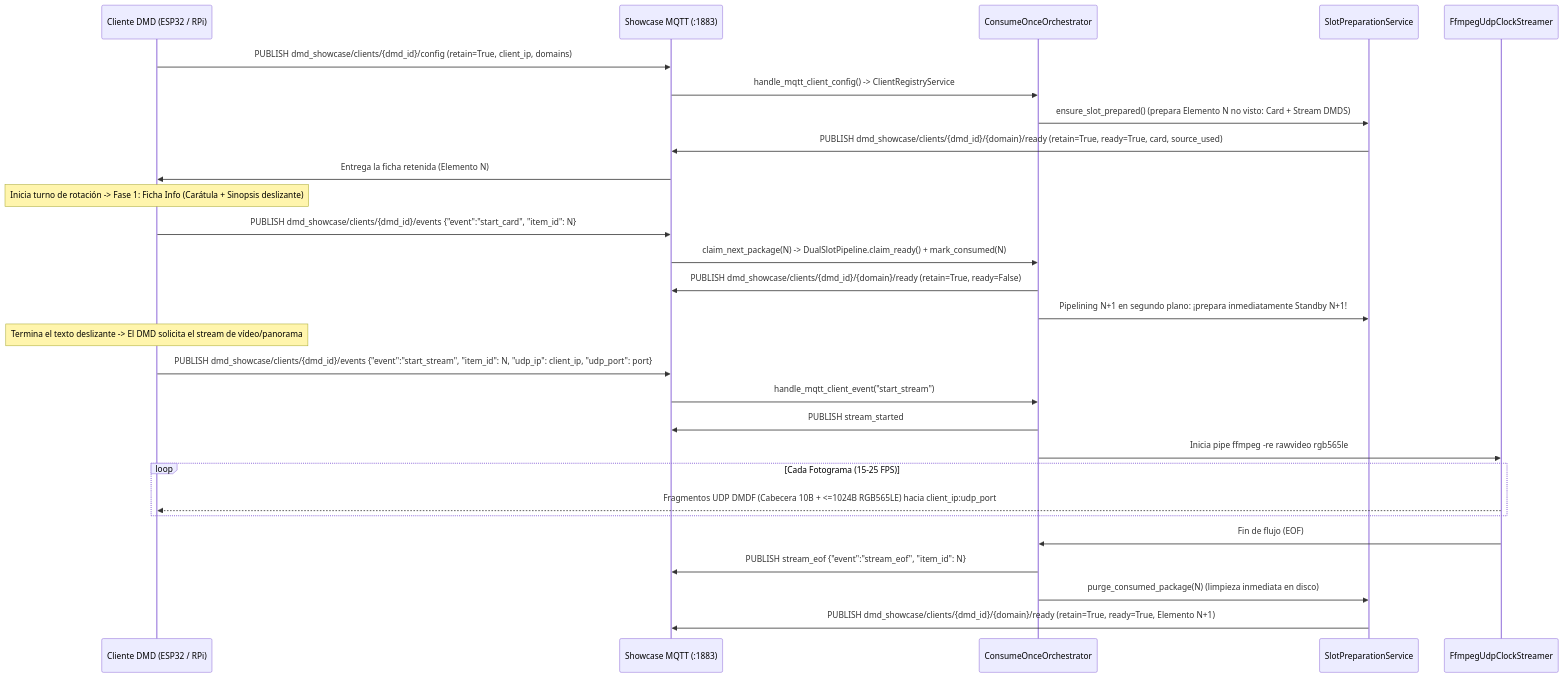
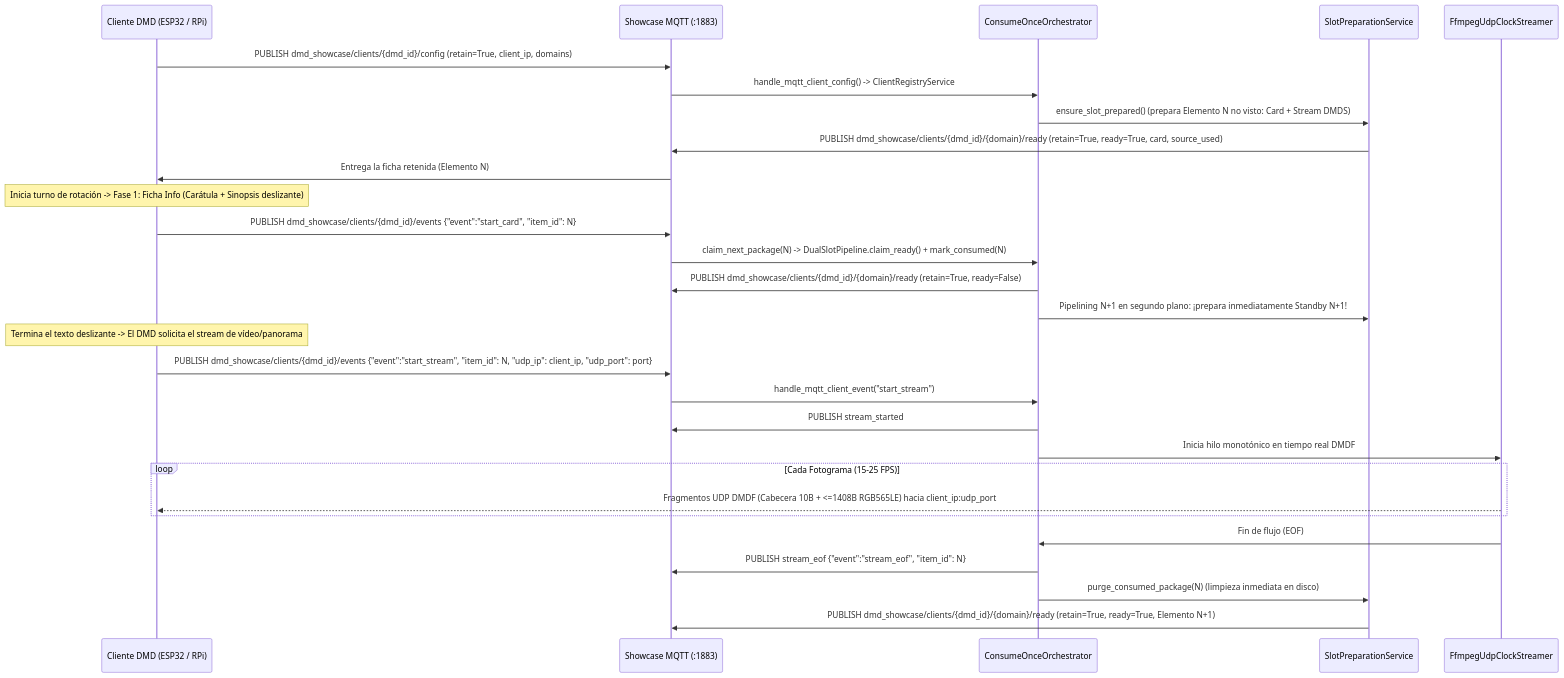
The second of 2 diagrams in docs/ARCHITECTURE_ES.md (red77290/dmd_media_showcase), drawn with Mermaid before and after one commit. The commit also changed other lines of this file and 11 other files, not shown here.

First line of the commit message:
perf(streaming): zero-fork 1408B UDP DMDF transmitter and drop-late TCP pacing

````diff
--- a/docs/ARCHITECTURE_ES.md
+++ b/docs/ARCHITECTURE_ES.md
@@ -131,33 +131,33 @@
 ```mermaid
 sequenceDiagram
     participant DMD as Cliente DMD (ESP32 / RPi)
     participant MQTT as Showcase MQTT (:1883)
     participant ORCH as ConsumeOnceOrchestrator
     participant PREP as SlotPreparationService
     participant FFMPEG as FfmpegUdpClockStreamer
 
     DMD->>MQTT: PUBLISH dmd_showcase/clients/{dmd_id}/config (retain=True, client_ip, domains)
     MQTT->>ORCH: handle_mqtt_client_config() -> ClientRegistryService
     ORCH->>PREP: ensure_slot_prepared() (prepara Elemento N no visto: Card + Stream DMDS)
     PREP->>MQTT: PUBLISH dmd_showcase/clients/{dmd_id}/{domain}/ready (retain=True, ready=True, card, source_used)
     MQTT->>DMD: Entrega la ficha retenida (Elemento N)
 
     Note over DMD: Inicia turno de rotación -> Fase 1: Ficha Info (Carátula + Sinopsis deslizante)
     DMD->>MQTT: PUBLISH dmd_showcase/clients/{dmd_id}/events {"event":"start_card", "item_id": N}
     MQTT->>ORCH: claim_next_package(N) -> DualSlotPipeline.claim_ready() + mark_consumed(N)
     ORCH->>MQTT: PUBLISH dmd_showcase/clients/{dmd_id}/{domain}/ready (retain=True, ready=False)
     ORCH->>PREP: Pipelining N+1 en segundo plano: ¡prepara inmediatamente Standby N+1!
 
     Note over DMD: Termina el texto deslizante -> El DMD solicita el stream de vídeo/panorama
     DMD->>MQTT: PUBLISH dmd_showcase/clients/{dmd_id}/events {"event":"start_stream", "item_id": N, "udp_ip": client_ip, "udp_port": port}
     MQTT->>ORCH: handle_mqtt_client_event("start_stream")
     ORCH->>MQTT: PUBLISH stream_started
-    ORCH->>FFMPEG: Inicia pipe ffmpeg -re rawvideo rgb565le
+    ORCH->>FFMPEG: Inicia hilo monotónico en tiempo real DMDF
     loop Cada Fotograma (15-25 FPS)
-        FFMPEG-->>DMD: Fragmentos UDP DMDF (Cabecera 10B + <=1024B RGB565LE) hacia client_ip:udp_port
+        FFMPEG-->>DMD: Fragmentos UDP DMDF (Cabecera 10B + <=1408B RGB565LE) hacia client_ip:udp_port
     end
     FFMPEG->>ORCH: Fin de flujo (EOF)
     ORCH->>MQTT: PUBLISH stream_eof {"event":"stream_eof", "item_id": N}
     ORCH->>PREP: purge_consumed_package(N) (limpieza inmediata en disco)
     PREP->>MQTT: PUBLISH dmd_showcase/clients/{dmd_id}/{domain}/ready (retain=True, ready=True, Elemento N+1)
 ```
````
